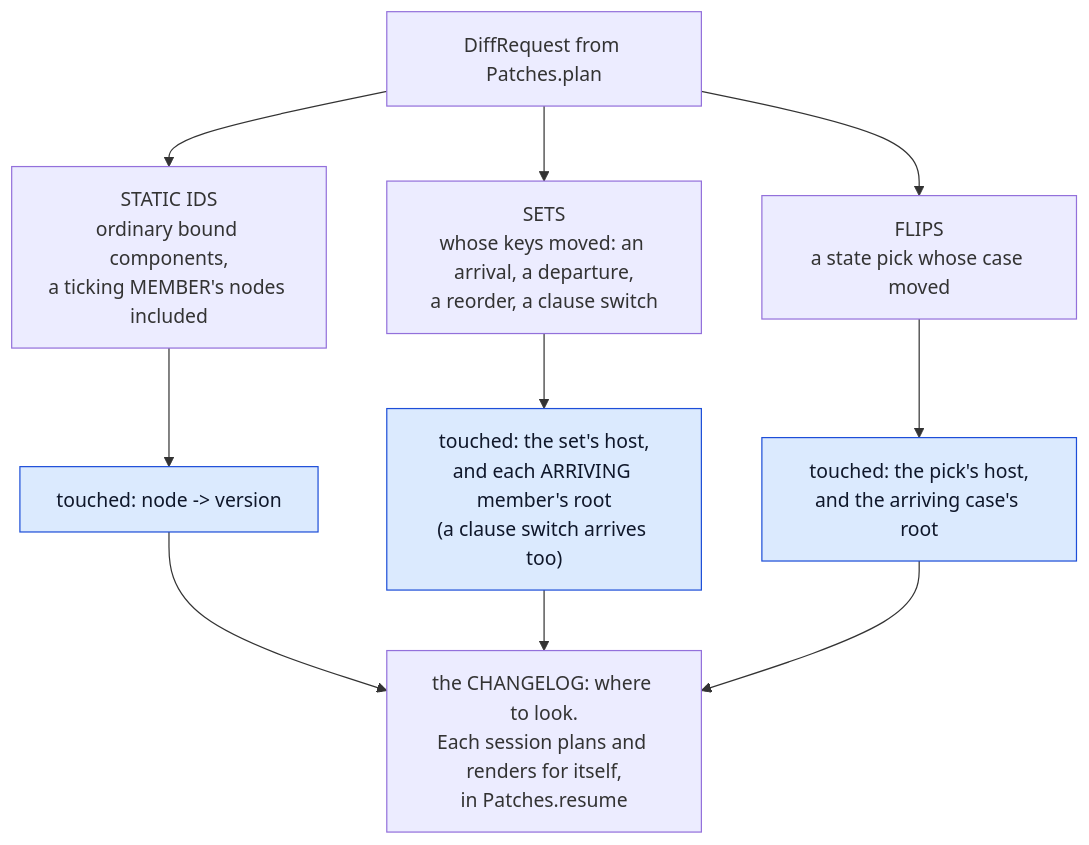
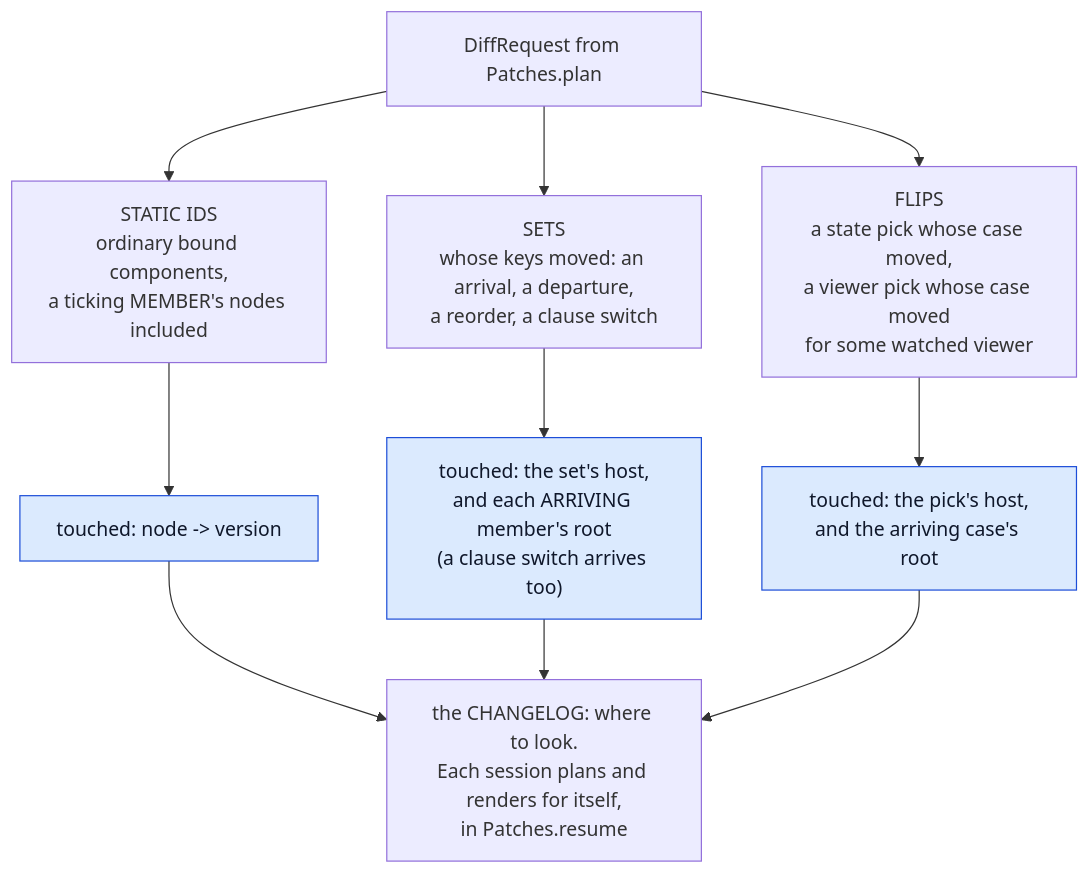
The third of 6 diagrams in docs/architecture-rendering-pipeline.md (perok/functional-home-assistant), drawn with Mermaid before and after one commit. The commit also changed other lines of this file and 27 other files, not shown here.

````diff
--- a/docs/architecture-rendering-pipeline.md
+++ b/docs/architecture-rendering-pipeline.md
@@ -667,19 +669,19 @@
 ```mermaid
 flowchart TB
   REQ["DiffRequest from Patches.plan"]
 
   REQ --> STAT["STATIC IDS<br/>ordinary bound components,<br/>a ticking MEMBER's nodes included"]
   REQ --> DYN["SETS<br/>whose keys moved: an arrival, a departure,<br/>a reorder, a clause switch"]
-  REQ --> FLIP["FLIPS<br/>a state pick whose case moved"]
+  REQ --> FLIP["FLIPS<br/>a state pick whose case moved,<br/>a viewer pick whose case moved<br/>for some watched viewer"]
 
   STAT --> STATW["touched: node -&gt; version"]
   DYN --> DYNW["touched: the set's host,<br/>and each ARRIVING member's root<br/>(a clause switch arrives too)"]
   FLIP --> FLIPW["touched: the pick's host,<br/>and the arriving case's root"]
 
   STATW --> OUT["the CHANGELOG: where to look.<br/>Each session plans and renders for itself,<br/>in Patches.resume"]
   DYNW --> OUT
   FLIPW --> OUT
 
   classDef write fill:#dbeafe,stroke:#1d4ed8,color:#0f172a
   class STATW,DYNW,FLIPW write
 ```
````
